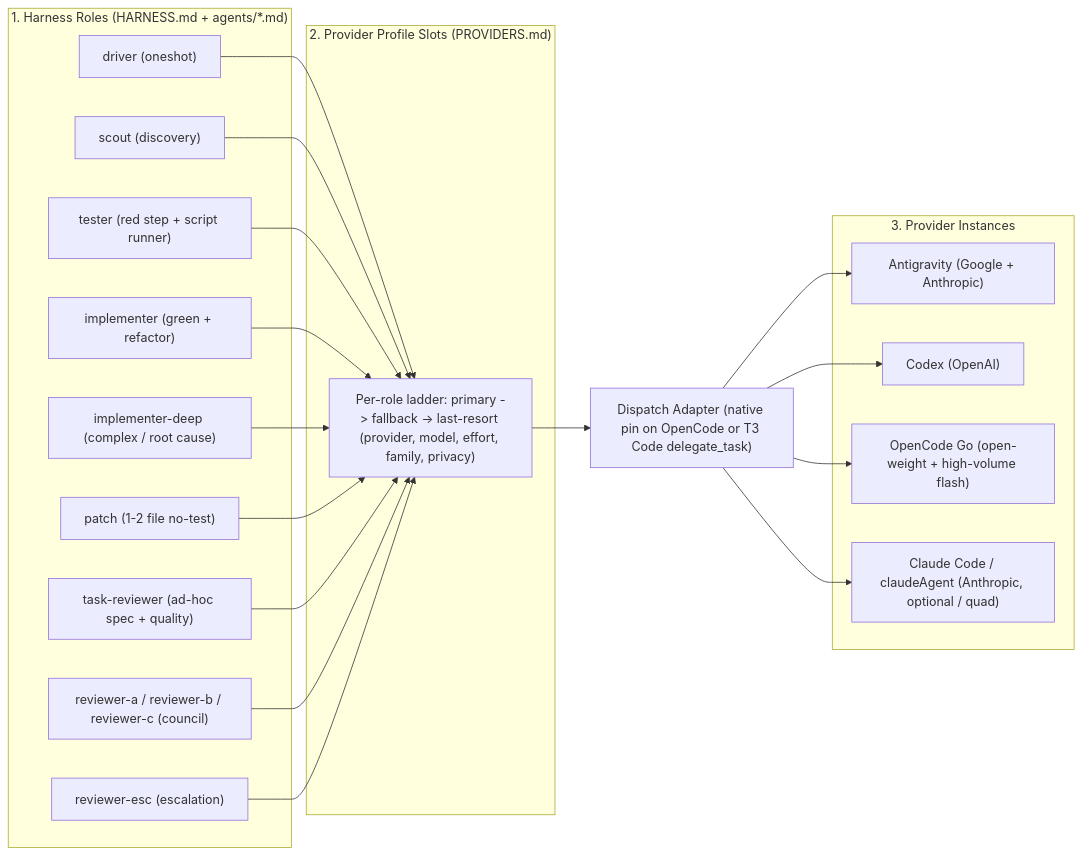
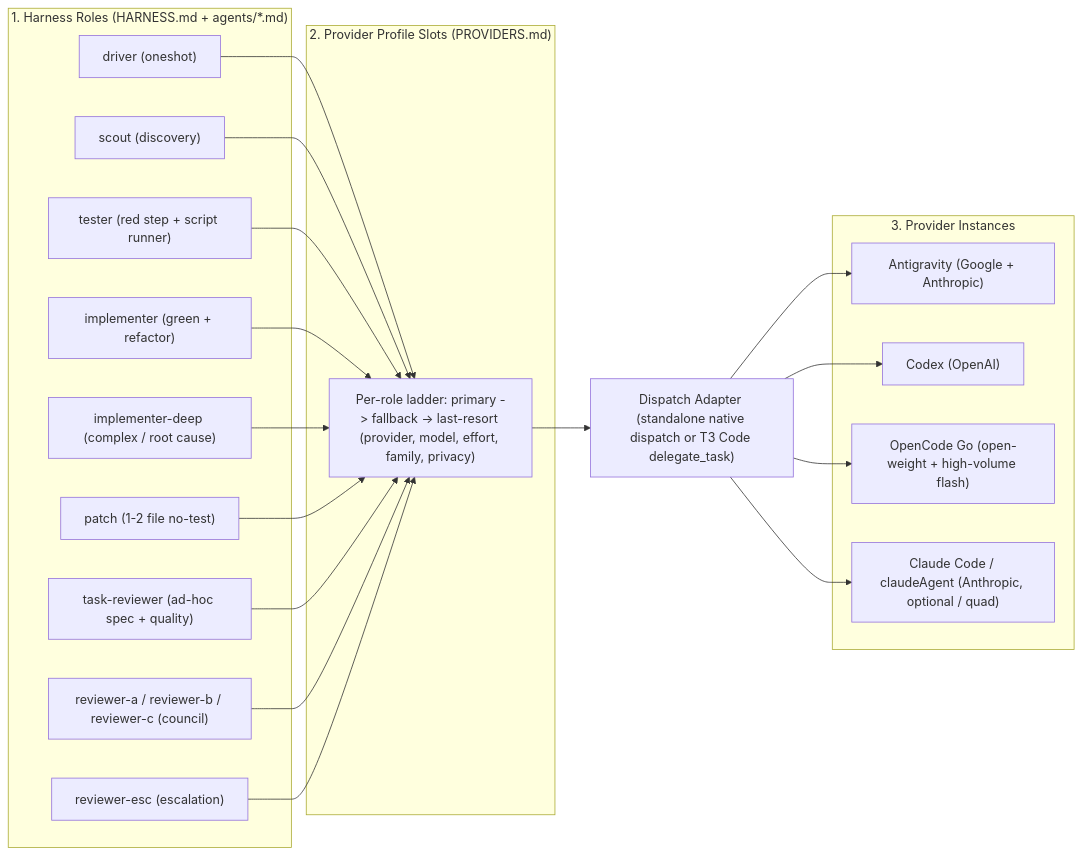
One commit to DennisLoska/skills changed the first of 3 diagrams in README.md. Above: the diagram before and after it, drawn with Mermaid. The commit also changed other lines of this file and 18 other files, not shown here.

First line of the commit message:
feat(install): support Antigravity with/without T3 Code and standalone profiles

````diff
--- a/README.md
+++ b/README.md
@@ -62,42 +62,42 @@
 ```mermaid
 flowchart LR
   subgraph L1["1. Harness Roles (HARNESS.md + agents/*.md)"]
     R_DRV["driver (oneshot)"]
     R_SCT["scout (discovery)"]
     R_TST["tester (red step + script runner)"]
     R_IMP["implementer (green + refactor)"]
     R_IMD["implementer-deep (complex / root cause)"]
     R_PAT["patch (1-2 file no-test)"]
     R_TRV["task-reviewer (ad-hoc spec + quality)"]
     R_CNC["reviewer-a / reviewer-b / reviewer-c (council)"]
     R_ESC["reviewer-esc (escalation)"]
   end
 
   subgraph L2["2. Provider Profile Slots (PROVIDERS.md)"]
     SLOTS["Per-role ladder: primary -> fallback -> last-resort (provider, model, effort, family, privacy)"]
   end
 
-  DA["Dispatch Adapter (native pin on OpenCode or T3 Code delegate_task)"]
+  DA["Dispatch Adapter (standalone native dispatch or T3 Code delegate_task)"]
 
   subgraph L3["3. Provider Instances"]
     P_AG["Antigravity (Google + Anthropic)"]
     P_CX["Codex (OpenAI)"]
     P_GO["OpenCode Go (open-weight + high-volume flash)"]
     P_CC["Claude Code / claudeAgent (Anthropic, optional / quad)"]
   end
 
   R_DRV --> SLOTS
   R_SCT --> SLOTS
   R_TST --> SLOTS
   R_IMP --> SLOTS
   R_IMD --> SLOTS
   R_PAT --> SLOTS
   R_TRV --> SLOTS
   R_CNC --> SLOTS
   R_ESC --> SLOTS
   SLOTS --> DA
   DA --> P_AG
   DA --> P_CX
   DA --> P_GO
   DA --> P_CC
 ```
````
